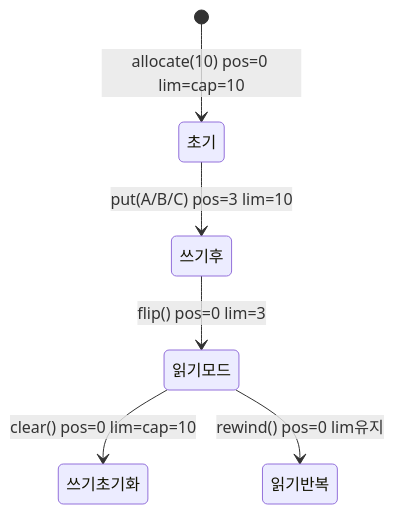
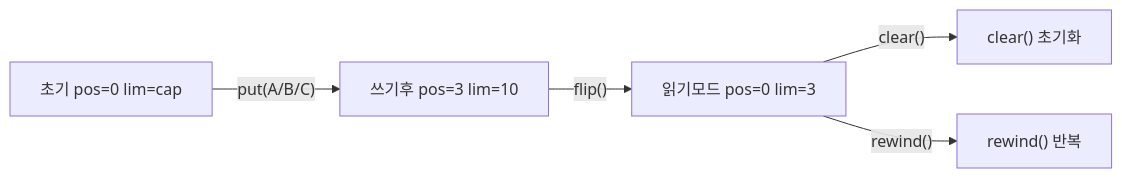
The seventh of 11 diagrams in _posts/java/2026-05-01-java-io.md (yjkim2015/yjkim2015.github.io), drawn with Mermaid before and after one commit. The commit also changed 50 other files, not shown here.

First line of the commit message:
stateDiagram 11개 graph LR 변환 + 테이블 빈 셀 17개 수정

````diff
--- a/_posts/java/2026-05-01-java-io.md
+++ b/_posts/java/2026-05-01-java-io.md
@@ -246,8 +246,12 @@
 ```mermaid
-stateDiagram-v2
-    [*] --> 초기: allocate(10) pos=0 lim=cap=10
-    초기 --> 쓰기후: put(A/B/C) pos=3 lim=10
-    쓰기후 --> 읽기모드: flip() pos=0 lim=3
-    읽기모드 --> 쓰기초기화: clear() pos=0 lim=cap=10
-    읽기모드 --> 읽기반복: rewind() pos=0 lim유지
+graph LR
+    초기["초기 pos=0 lim=cap"]
+    쓰기후["쓰기후 pos=3 lim=10"]
+    읽기모드["읽기모드 pos=0 lim=3"]
+    쓰기초기화["clear() 초기화"]
+    읽기반복["rewind() 반복"]
+    초기 -->|"put(A/B/C)"| 쓰기후
+    쓰기후 -->|"flip()"| 읽기모드
+    읽기모드 -->|"clear()"| 쓰기초기화
+    읽기모드 -->|"rewind()"| 읽기반복
 ```
````
